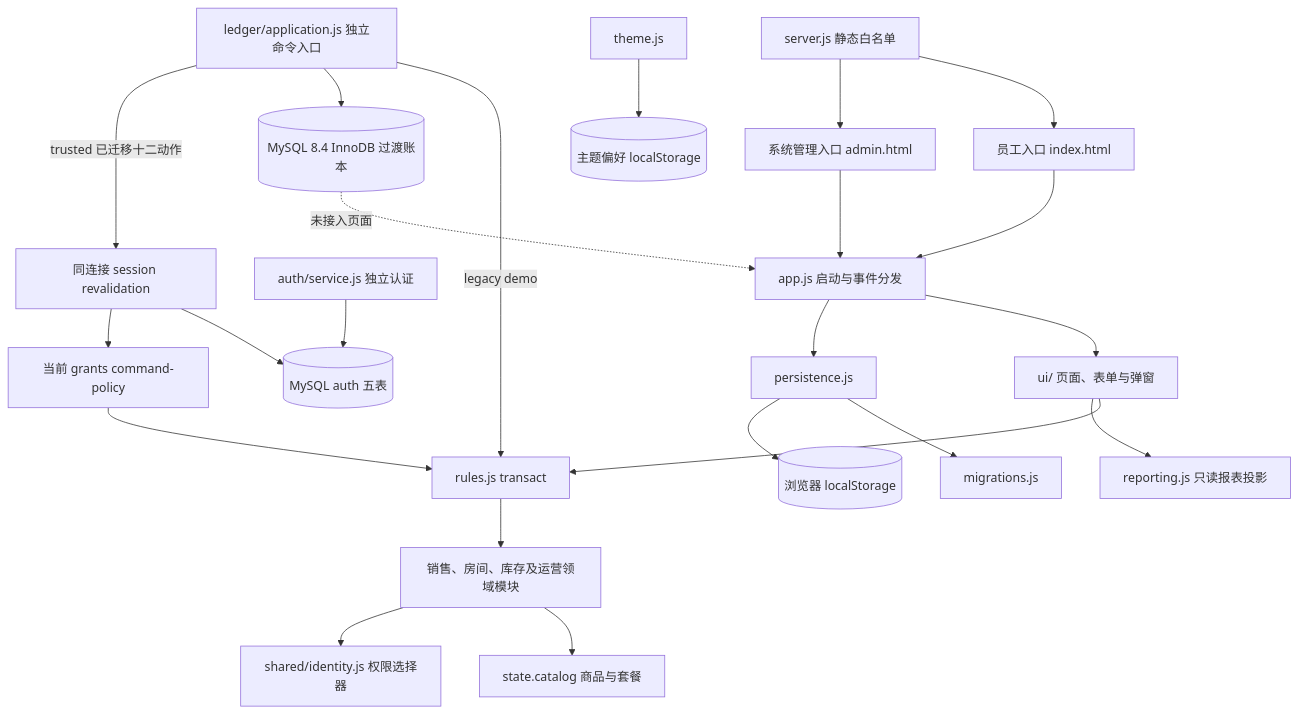
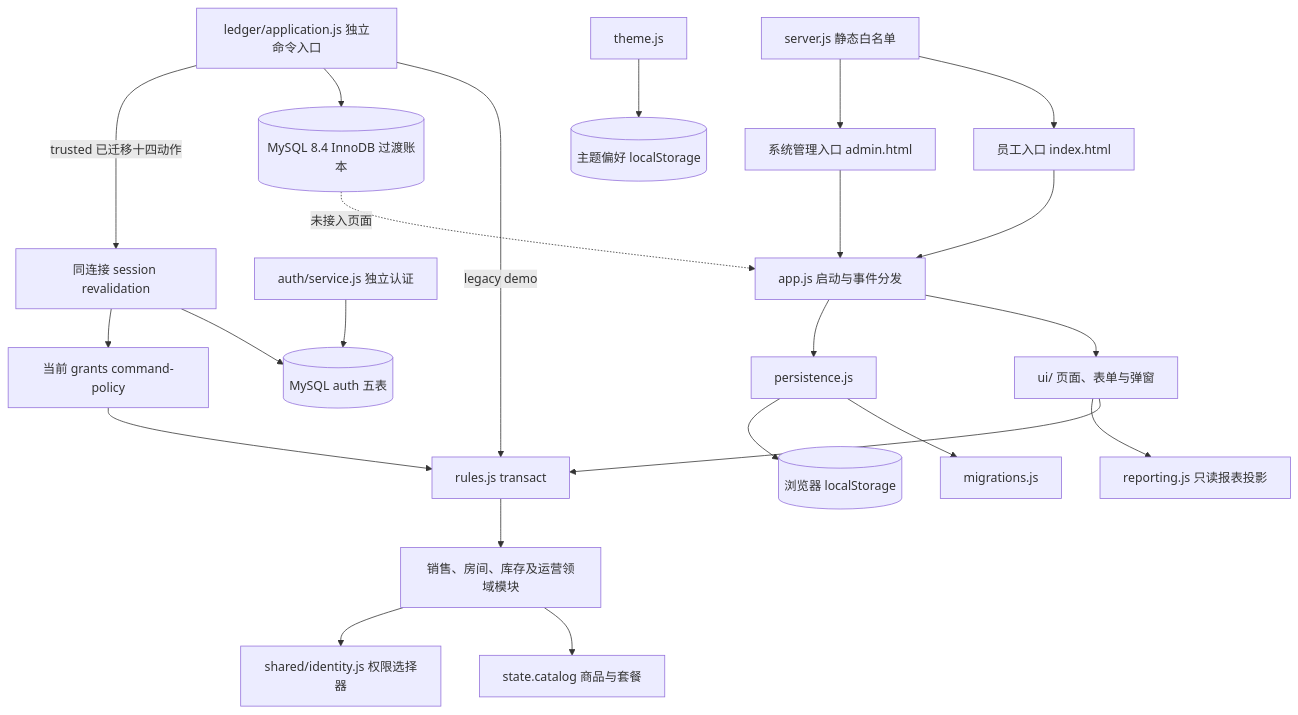
One commit to Richard-Zhuo/codex-KTV changed the diagram in docs/ARCHITECTURE.md. Above: the diagram before and after it, drawn with Mermaid. The commit also changed other lines of this file and 14 other files, not shown here.

````diff
--- a/docs/ARCHITECTURE.md
+++ b/docs/ARCHITECTURE.md
@@ -7,25 +7,25 @@
 ```mermaid
 flowchart TD
   E[员工入口 index.html] --> APP[app.js 启动与事件分发]
   A[系统管理入口 admin.html] --> APP
   APP --> UI[ui/ 页面、表单与弹窗]
   APP --> P[persistence.js]
   P --> M[migrations.js]
   P --> LS[(浏览器 localStorage)]
   UI --> TX[rules.js transact]
   TX --> D[销售、房间、库存及运营领域模块]
   UI --> REP[reporting.js 只读报表投影]
   D --> C[state.catalog 商品与套餐]
   D --> ID[shared/identity.js 权限选择器]
   T[theme.js] --> PREF[(主题偏好 localStorage)]
   S[server.js 静态白名单] --> E
   S --> A
   L[ledger/application.js 独立命令入口] -->|legacy demo| TX
   L --> DB[(MySQL 8.4 InnoDB 过渡账本)]
   AUTH[auth/service.js 独立认证] --> AUTHDB[(MySQL auth 五表)]
-  L -->|trusted 已迁移十二动作| RV[同连接 session revalidation]
+  L -->|trusted 已迁移十四动作| RV[同连接 session revalidation]
   RV --> AUTHDB
   RV --> CP[当前 grants command-policy]
   CP --> TX
   DB -. 未接入页面 .-> APP
 ```
````
